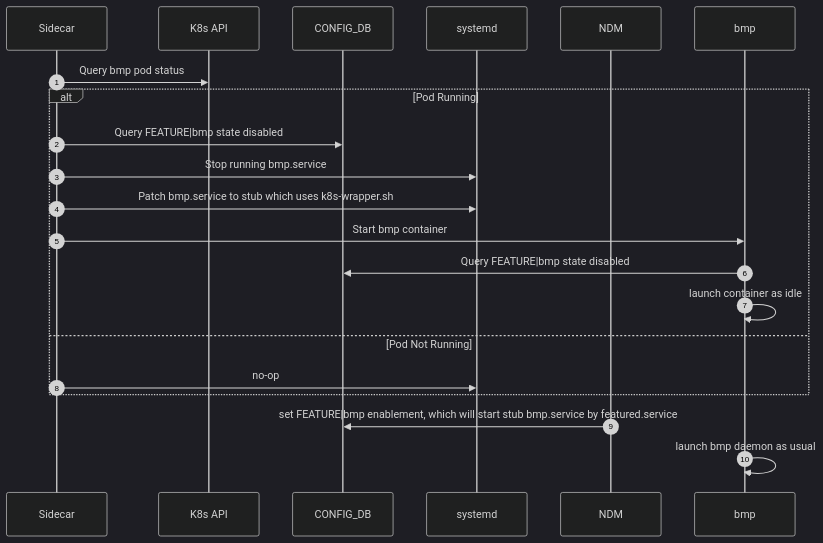
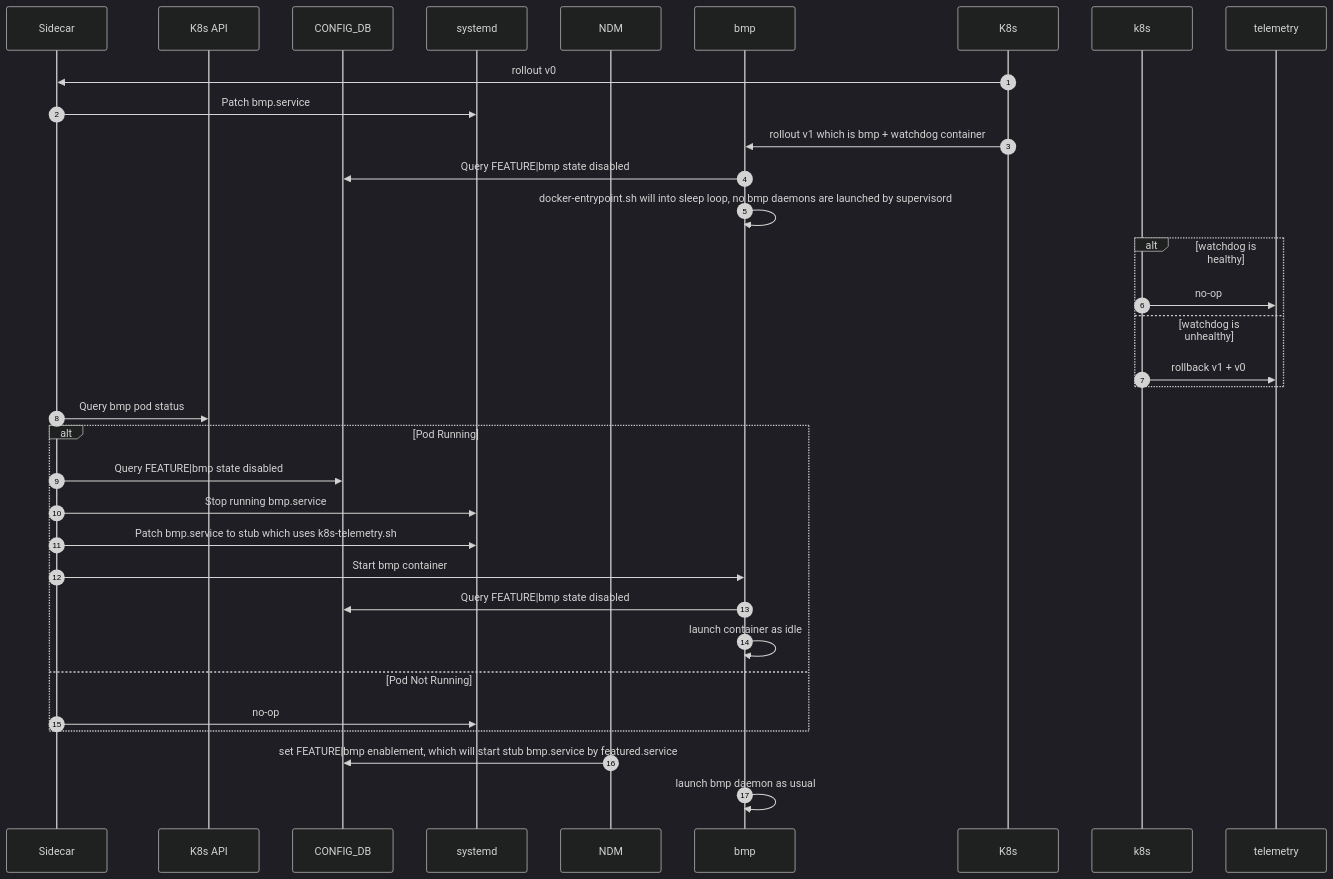
One commit to sonic-net/SONiC changed the third of 5 diagrams in doc/bmp/k8s_migration_design.md. Above: the diagram before and after it, drawn with Mermaid (dark theme). The commit also changed other lines of this file and 1 other file, not shown here.

````diff
--- a/doc/bmp/k8s_migration_design.md
+++ b/doc/bmp/k8s_migration_design.md
@@ -89,25 +313,36 @@
 ```mermaid
 sequenceDiagram
     autonumber
     participant Sidecar
     participant K8s API
     participant CONFIG_DB
     participant systemd
     participant NDM
     participant bmp
 
+    K8s->>Sidecar: rollout v0
+    Sidecar->>systemd: Patch bmp.service
+    K8s->>bmp: rollout v1 which is bmp + watchdog container
+    bmp->>CONFIG_DB: Query FEATURE|bmp state disabled
+    bmp->>bmp: docker-entrypoint.sh will into sleep loop, no bmp daemons are launched by supervisord
+    alt watchdog is healthy
+      k8s->>telemetry: no-op
+    else watchdog is unhealthy
+      k8s->>telemetry: rollback v1 + v0
+    end
+
     Sidecar->>K8s API: Query bmp pod status
     alt Pod Running
         Sidecar->>CONFIG_DB: Query FEATURE|bmp state disabled
         Sidecar->>systemd: Stop running bmp.service
-        Sidecar->>systemd: Patch bmp.service to stub which uses k8s-wrapper.sh
+        Sidecar->>systemd: Patch bmp.service to stub which uses k8s-telemetry.sh
         Sidecar->>bmp: Start bmp container
         bmp->>CONFIG_DB: Query FEATURE|bmp state disabled
         bmp->>bmp: launch container as idle
     else Pod Not Running
         Sidecar->>systemd: no-op
     end
     NDM->>CONFIG_DB: set FEATURE|bmp enablement, which will start stub bmp.service by featured.service
     bmp->>bmp: launch bmp daemon as usual
 
 ```
````
